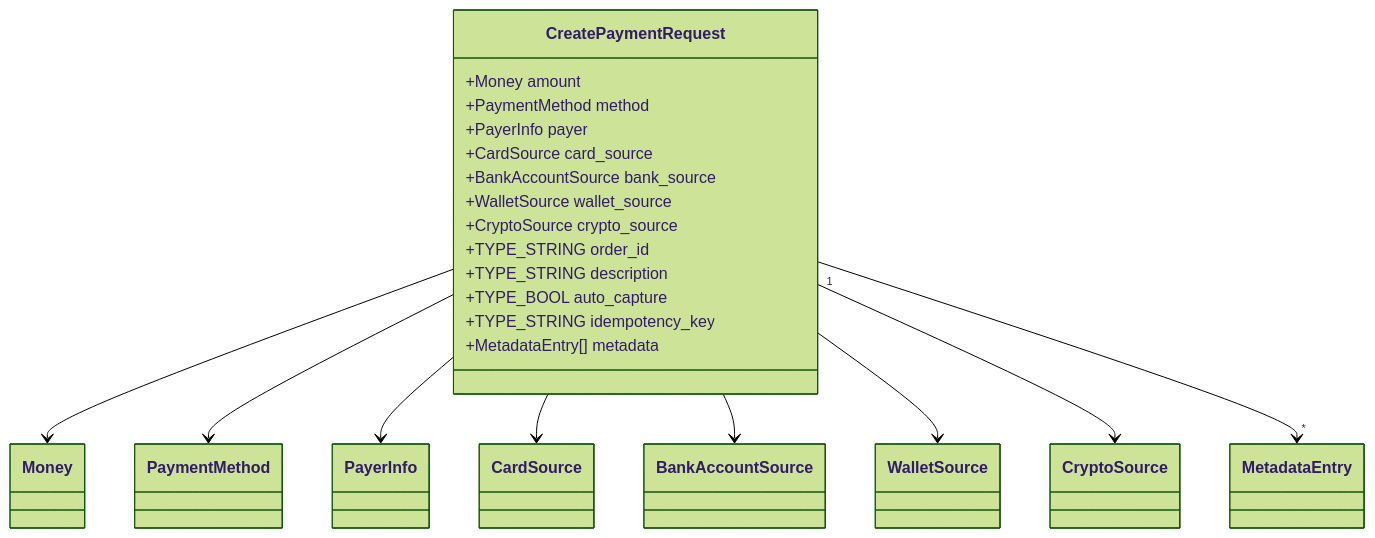
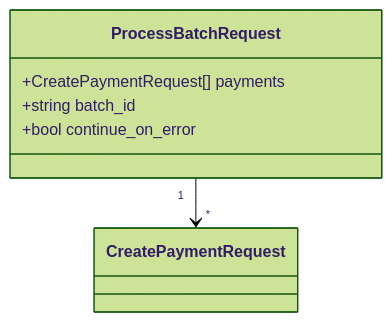
One commit to kyivinua/root changed diagram 41 of 44 in test-monorepo/docs/consolidated/PaymentService.md. Above: the diagram before and after it, drawn with Mermaid (forest theme). The commit also changed other lines of this file and 5 other files, not shown here.

````diff
--- a/test-monorepo/docs/consolidated/PaymentService.md
+++ b/test-monorepo/docs/consolidated/PaymentService.md
@@ -827,25 +2150,9 @@
 ```mermaid
 classDiagram
-    class CreatePaymentRequest {
-        +Money amount
-        +PaymentMethod method
-        +PayerInfo payer
-        +CardSource card_source
-        +BankAccountSource bank_source
-        +WalletSource wallet_source
-        +CryptoSource crypto_source
-        +TYPE_STRING order_id
-        +TYPE_STRING description
-        +TYPE_BOOL auto_capture
-        +TYPE_STRING idempotency_key
-        +MetadataEntry[] metadata
+    class ProcessBatchRequest {
+        +CreatePaymentRequest[] payments
+        +string batch_id
+        +bool continue_on_error
     }
-    CreatePaymentRequest --> Money
-    CreatePaymentRequest --> PaymentMethod
-    CreatePaymentRequest --> PayerInfo
-    CreatePaymentRequest --> CardSource
-    CreatePaymentRequest --> BankAccountSource
-    CreatePaymentRequest --> WalletSource
-    CreatePaymentRequest --> CryptoSource
-    CreatePaymentRequest "1" --> "*" MetadataEntry
+    ProcessBatchRequest "1" --> "*" CreatePaymentRequest
 ```
````
